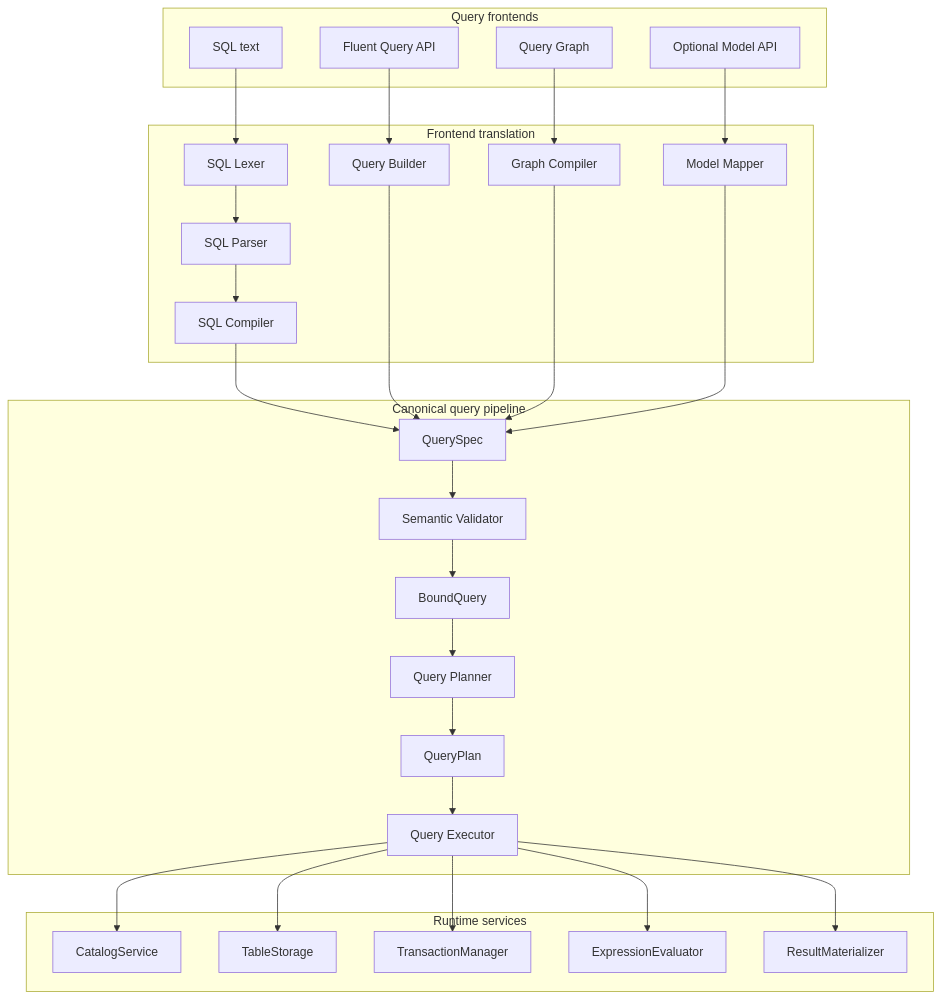
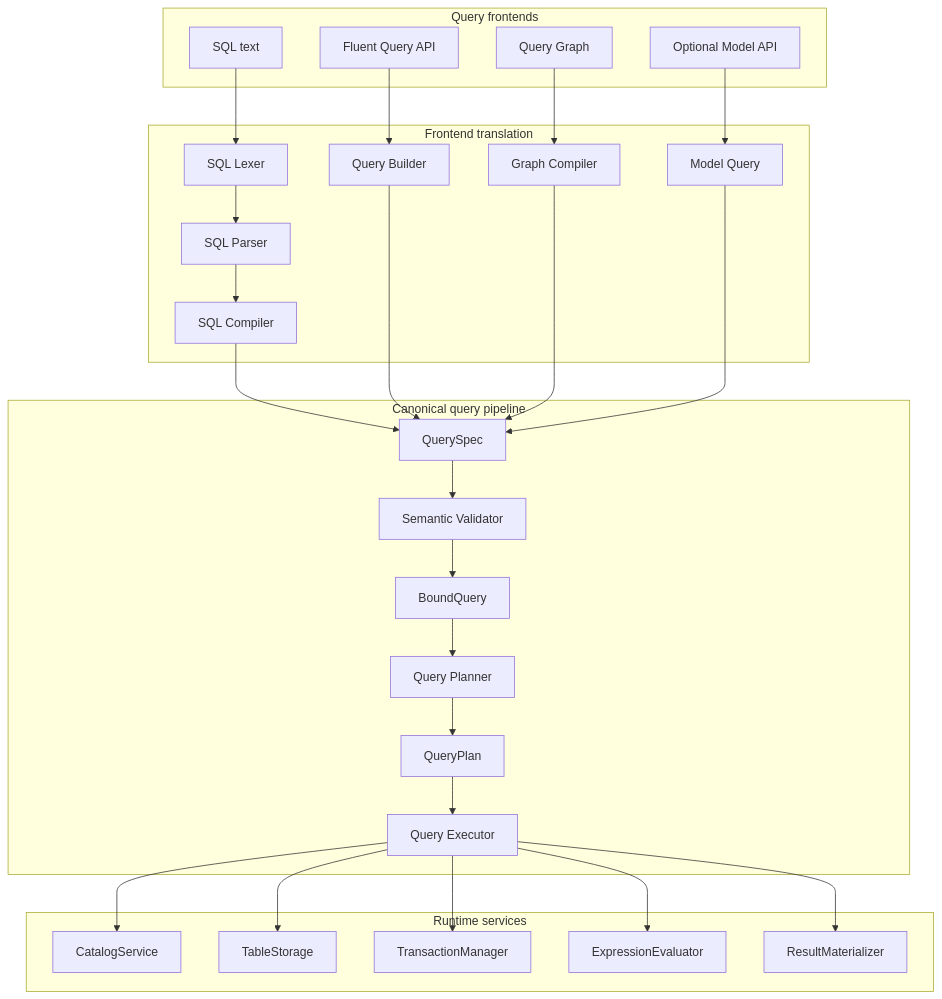
The diagram in docs/architecture/core.md (jinyangcruise/GDSQL), drawn with Mermaid before and after one commit. The commit also changed other lines of this file and 36 other files, not shown here.

````diff
--- a/docs/architecture/core.md
+++ b/docs/architecture/core.md
@@ -18,48 +18,48 @@
 ```mermaid
 flowchart TD
     subgraph Frontends["Query frontends"]
         SQL["SQL text"]
         Fluent["Fluent Query API"]
         Graph["Query Graph"]
         Model["Optional Model API"]
     end
 
     subgraph Translation["Frontend translation"]
         Lexer["SQL Lexer"]
         Parser["SQL Parser"]
         Compiler["SQL Compiler"]
         Builder["Query Builder"]
         GraphCompiler["Graph Compiler"]
-        ModelMapper["Model Mapper"]
+        ModelQuery["Model Query"]
     end
 
     subgraph Canonical["Canonical query pipeline"]
         Spec["QuerySpec"]
         Validator["Semantic Validator"]
         Bound["BoundQuery"]
         Planner["Query Planner"]
         Plan["QueryPlan"]
         Executor["Query Executor"]
     end
 
     subgraph Runtime["Runtime services"]
         Catalog["CatalogService"]
         Storage["TableStorage"]
         Transactions["TransactionManager"]
         Expressions["ExpressionEvaluator"]
         Materializer["ResultMaterializer"]
     end
 
     SQL --> Lexer --> Parser --> Compiler --> Spec
     Fluent --> Builder --> Spec
     Graph --> GraphCompiler --> Spec
-    Model --> ModelMapper --> Spec
+    Model --> ModelQuery --> Spec
 
     Spec --> Validator --> Bound --> Planner --> Plan --> Executor
 
     Executor --> Catalog
     Executor --> Storage
     Executor --> Transactions
     Executor --> Expressions
     Executor --> Materializer
 ```
````
